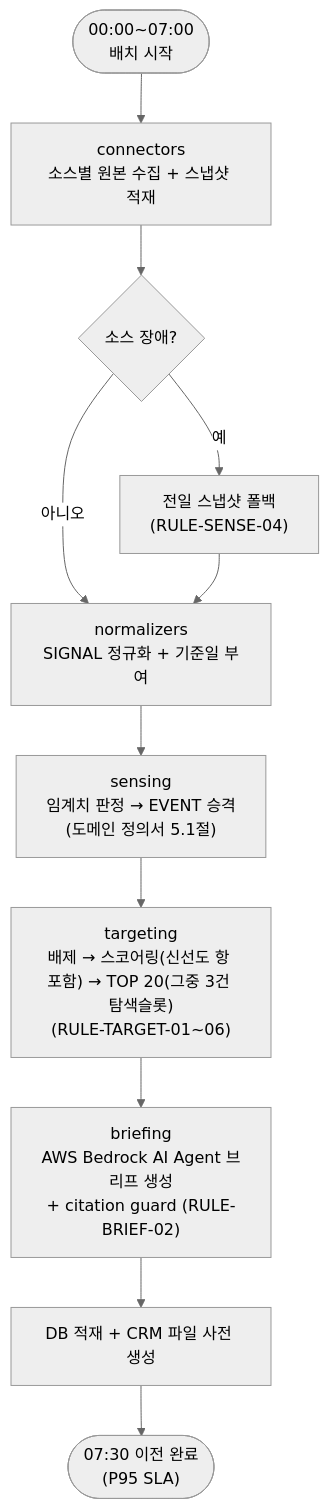
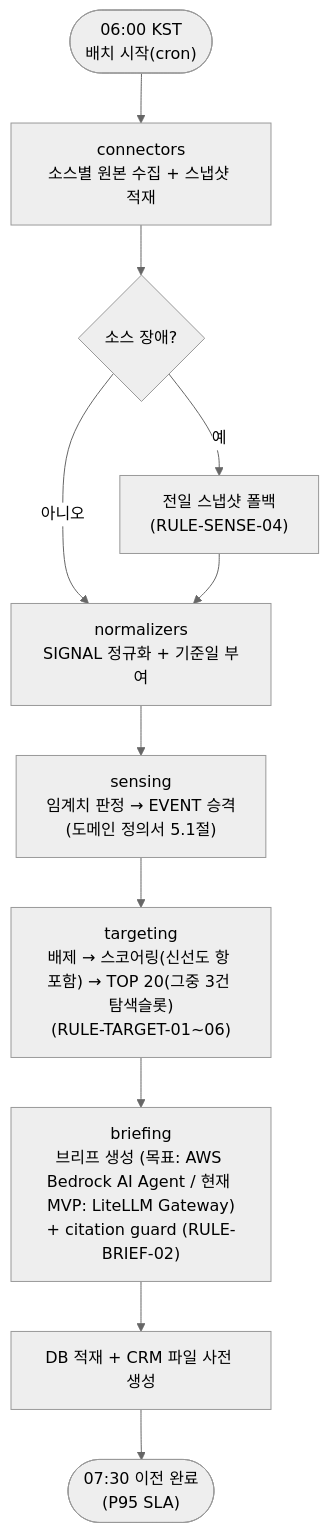
Before and after one commit to puen27/C-MAKER: the second of 3 diagrams in docs/5-arch-diagram.md, drawn with Mermaid (neutral theme). The commit also changed other lines of this file and 17 other files, not shown here.

````diff
--- a/docs/5-arch-diagram.md
+++ b/docs/5-arch-diagram.md
@@ -79,13 +93,13 @@
 ```mermaid
 flowchart TB
-    Start(["00:00~07:00<br/>배치 시작"]) --> Conn["connectors<br/>소스별 원본 수집 + 스냅샷 적재"]
+    Start(["06:00 KST<br/>배치 시작(cron)"]) --> Conn["connectors<br/>소스별 원본 수집 + 스냅샷 적재"]
     Conn --> Fail{"소스 장애?"}
     Fail -- "예" --> Fallback["전일 스냅샷 폴백<br/>(RULE-SENSE-04)"]
     Fail -- "아니오" --> Norm
     Fallback --> Norm["normalizers<br/>SIGNAL 정규화 + 기준일 부여"]
     Norm --> Sense["sensing<br/>임계치 판정 → EVENT 승격<br/>(도메인 정의서 5.1절)"]
     Sense --> Target["targeting<br/>배제 → 스코어링(신선도 항 포함) → TOP 20(그중 3건 탐색슬롯)<br/>(RULE-TARGET-01~06)"]
-    Target --> Brief["briefing<br/>AWS Bedrock AI Agent 브리프 생성<br/>+ citation guard (RULE-BRIEF-02)"]
+    Target --> Brief["briefing<br/>브리프 생성 (목표: AWS Bedrock AI Agent / 현재 MVP: LiteLLM Gateway)<br/>+ citation guard (RULE-BRIEF-02)"]
     Brief --> Persist["DB 적재 + CRM 파일 사전 생성"]
     Persist --> Done(["07:30 이전 완료<br/>(P95 SLA)"])
 ```
````
